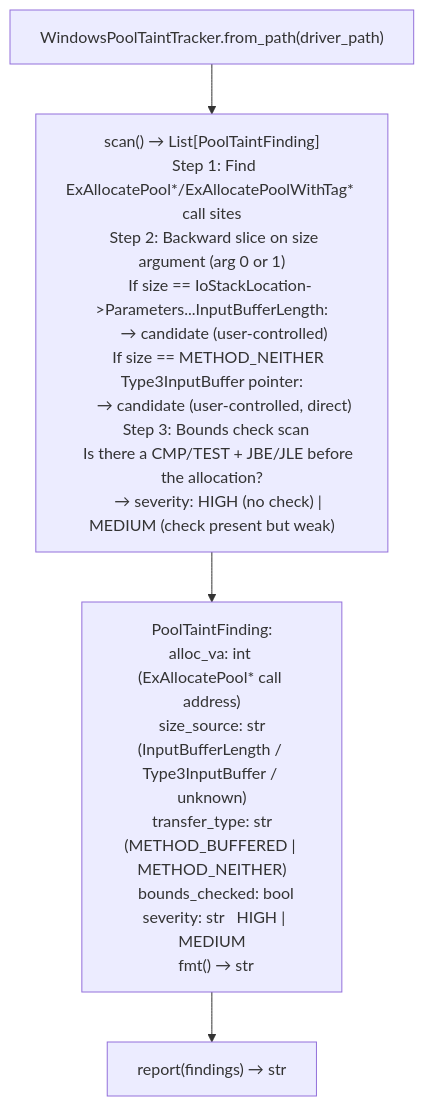
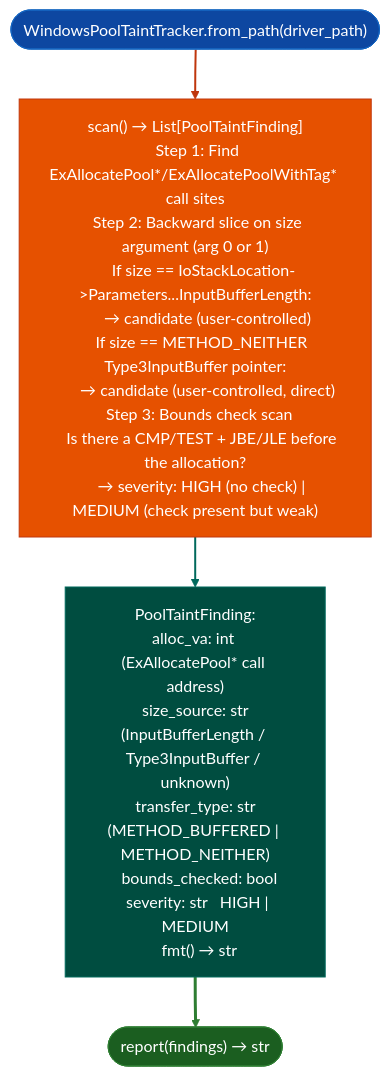
One commit to Ablation-Tool/ablation changed the diagram in docs/reference-modules/kernel-pool-flow-checks.md. Above: the diagram before and after it, drawn with Mermaid. The commit also changed 320 other files, not shown here.

First line of the commit message:
docs: apply canonical Mermaid template to all 321 diagrams

````diff
--- a/docs/reference-modules/kernel-pool-flow-checks.md
+++ b/docs/reference-modules/kernel-pool-flow-checks.md
@@ -19,6 +19,15 @@
 ```mermaid
 flowchart TD
-    A["WindowsPoolTaintTracker.from_path(driver_path)"] --> B["scan() → List[PoolTaintFinding]\n  Step 1: Find ExAllocatePool*/ExAllocatePoolWithTag* call sites\n  Step 2: Backward slice on size argument (arg 0 or 1)\n    If size == IoStackLocation->Parameters...InputBufferLength:\n      → candidate (user-controlled)\n    If size == METHOD_NEITHER Type3InputBuffer pointer:\n      → candidate (user-controlled, direct)\n  Step 3: Bounds check scan\n    Is there a CMP/TEST + JBE/JLE before the allocation?\n    → severity: HIGH (no check) | MEDIUM (check present but weak)"]
-    B --> C["PoolTaintFinding:\n  alloc_va: int   (ExAllocatePool* call address)\n  size_source: str  (InputBufferLength / Type3InputBuffer / unknown)\n  transfer_type: str  (METHOD_BUFFERED | METHOD_NEITHER)\n  bounds_checked: bool\n  severity: str   HIGH | MEDIUM\n  fmt() → str"]
-    C --> D["report(findings) → str"]
+    A(["WindowsPoolTaintTracker.from_path(driver_path)"]):::input --> B["scan() → List[PoolTaintFinding]\n  Step 1: Find ExAllocatePool*/ExAllocatePoolWithTag* call sites\n  Step 2: Backward slice on size argument (arg 0 or 1)\n    If size == IoStackLocation->Parameters...InputBufferLength:\n      → candidate (user-controlled)\n    If size == METHOD_NEITHER Type3InputBuffer pointer:\n      → candidate (user-controlled, direct)\n  Step 3: Bounds check scan\n    Is there a CMP/TEST + JBE/JLE before the allocation?\n    → severity: HIGH (no check) | MEDIUM (check present but weak)"]:::primary
+    B:::primary --> C["PoolTaintFinding:\n  alloc_va: int   (ExAllocatePool* call address)\n  size_source: str  (InputBufferLength / Type3InputBuffer / unknown)\n  transfer_type: str  (METHOD_BUFFERED | METHOD_NEITHER)\n  bounds_checked: bool\n  severity: str   HIGH | MEDIUM\n  fmt() → str"]:::secondary
+    C:::secondary --> D(["report(findings) → str"]):::output
+    classDef input     fill:#0d47a1,stroke:#1565c0,color:#fff
+    classDef primary   fill:#e65100,stroke:#bf360c,color:#fff
+    classDef secondary fill:#004d40,stroke:#00695c,color:#fff
+    classDef tertiary  fill:#4a148c,stroke:#6a1b9a,color:#fff
+    classDef neutral   fill:#37474f,stroke:#546e7a,color:#fff
+    classDef output    fill:#1b5e20,stroke:#2e7d32,color:#fff
+    linkStyle 0 stroke:#bf360c,stroke-width:2px
+    linkStyle 1 stroke:#00695c,stroke-width:2px
+    linkStyle 2 stroke:#2e7d32,stroke-width:3px
 ```
````
